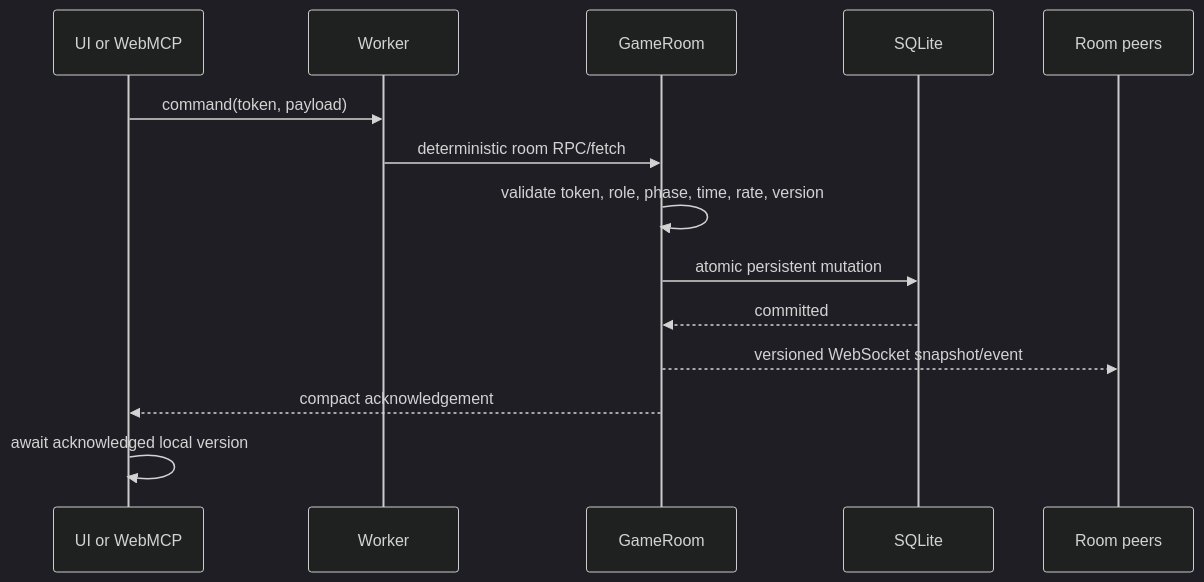
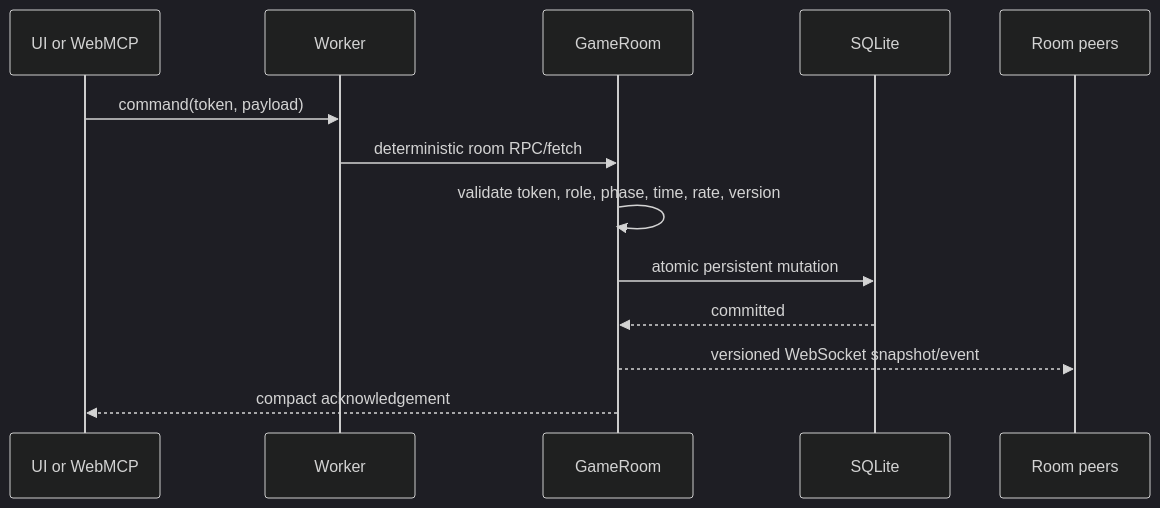
One commit to yaboijbigs/mcpencil changed the third of 4 diagrams in docs/ARCHITECTURE.md. Above: the diagram before and after it, drawn with Mermaid (dark theme). The commit also changed other lines of this file and 41 other files, not shown here.

````diff
--- a/docs/ARCHITECTURE.md
+++ b/docs/ARCHITECTURE.md
@@ -74,17 +74,16 @@
 ```mermaid
 sequenceDiagram
     participant C as UI or WebMCP
     participant W as Worker
     participant R as GameRoom
     participant Q as SQLite
     participant P as Room peers
 
     C->>W: command(token, payload)
     W->>R: deterministic room RPC/fetch
     R->>R: validate token, role, phase, time, rate, version
     R->>Q: atomic persistent mutation
     Q-->>R: committed
     R-->>P: versioned WebSocket snapshot/event
     R-->>C: compact acknowledgement
-    C->>C: await acknowledged local version
 ```
````
